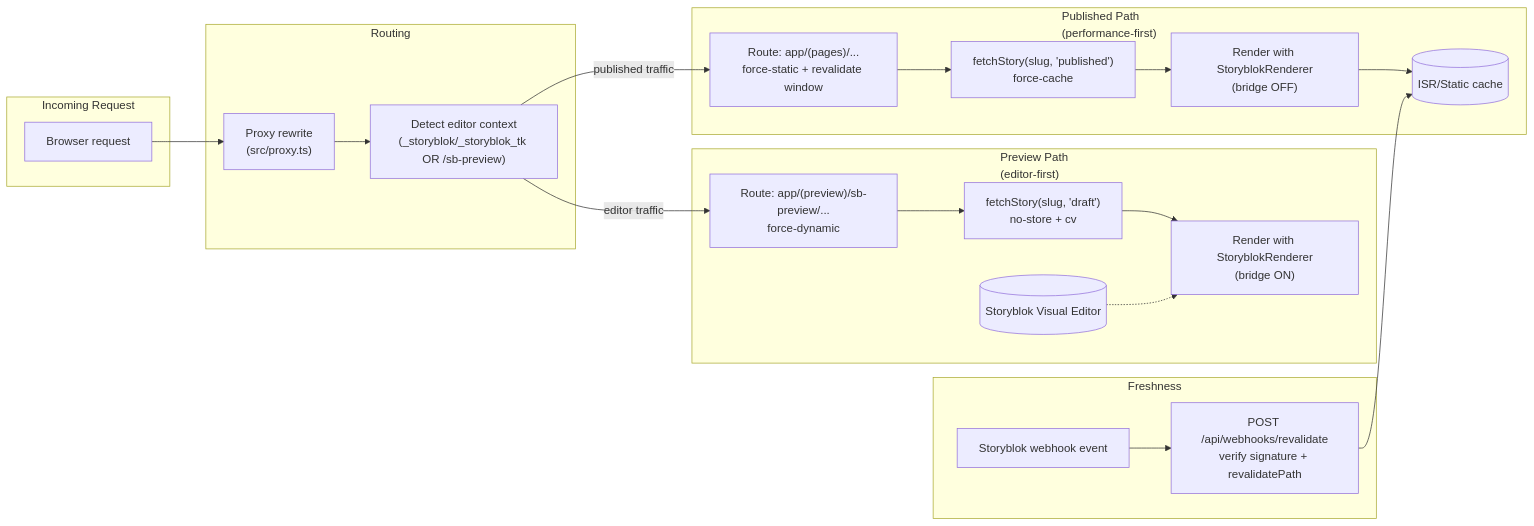
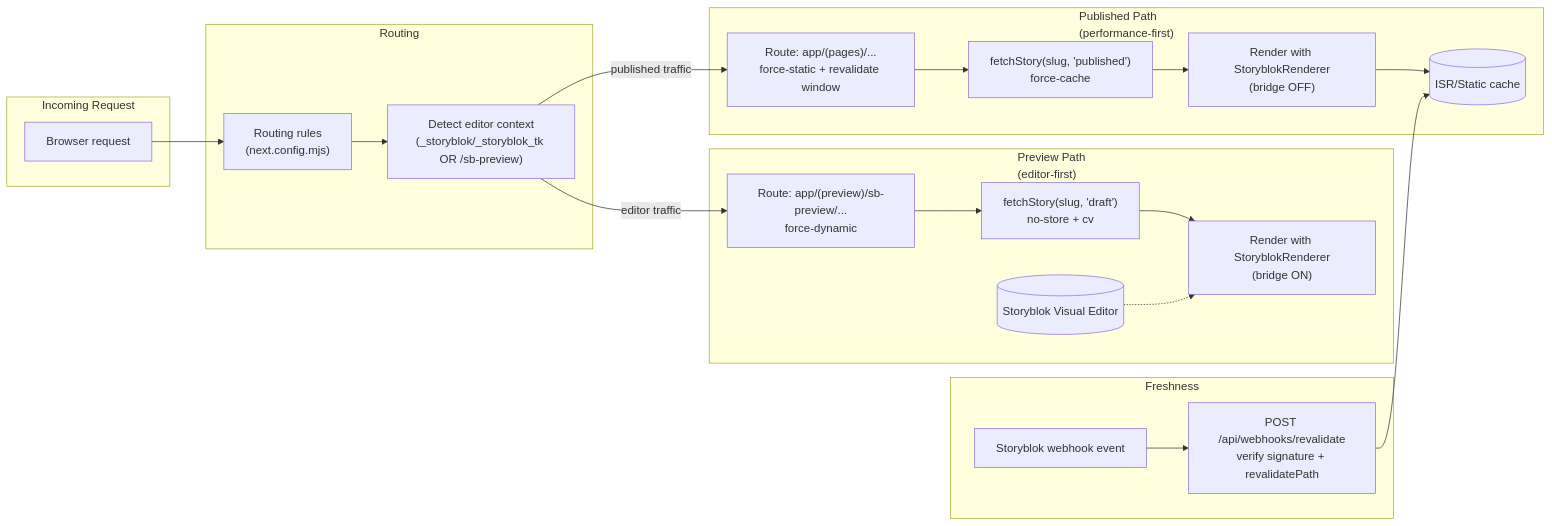
One commit to songam-su/storyblok-nextjs-mantine-demo changed the diagram in docs/architecture/published-vs-preview.md. Above: the diagram before and after it, drawn with Mermaid. The commit also changed 21 other files, not shown here.

````diff
--- a/docs/architecture/published-vs-preview.md
+++ b/docs/architecture/published-vs-preview.md
@@ -3,48 +3,48 @@
 ```mermaid
 flowchart LR
 %% Focus: show the split between published (ISR/static) and preview (draft + bridge)
 
 subgraph IN[Incoming Request]
 RQ[Browser request]
 end
 
 subgraph ROUTING[Routing]
-PROXY["Proxy rewrite<br/>(src/proxy.ts)"]
+PROXY["Routing rules<br/>(next.config.mjs)"]
 DETECT["Detect editor context<br/>(_storyblok/_storyblok_tk OR /sb-preview)"]
 end
 
 subgraph PUB["Published Path<br/>(performance-first)"]
 PUB_ROUTE["Route: app/(pages)/...<br/>force-static + revalidate window"]
 PUB_FETCH["fetchStory(slug, 'published')<br/>force-cache"]
 PUB_RENDER["Render with StoryblokRenderer<br/>(bridge OFF)"]
 ISR[(ISR/Static cache)]
 end
 
 subgraph PREV["Preview Path<br/>(editor-first)"]
 PREV_ROUTE["Route: app/(preview)/sb-preview/...<br/>force-dynamic"]
 PREV_FETCH["fetchStory(slug, 'draft')<br/>no-store + cv"]
 PREV_RENDER["Render with StoryblokRenderer<br/>(bridge ON)"]
 VE[(Storyblok Visual Editor)]
 end
 
 subgraph HOOKS[Freshness]
 WH["Storyblok webhook event"]
 REVALIDATE["POST /api/webhooks/revalidate<br/>verify signature + revalidatePath"]
 end
 
 RQ --> PROXY --> DETECT
 
 DETECT -->|published traffic| PUB_ROUTE
 DETECT -->|editor traffic| PREV_ROUTE
 
 %% Published
 PUB_ROUTE --> PUB_FETCH --> PUB_RENDER --> ISR
 
 %% Preview
 PREV_ROUTE --> PREV_FETCH --> PREV_RENDER
 VE -.-> PREV_RENDER
 
 %% Webhook
 WH --> REVALIDATE --> ISR
 
 ```
````
